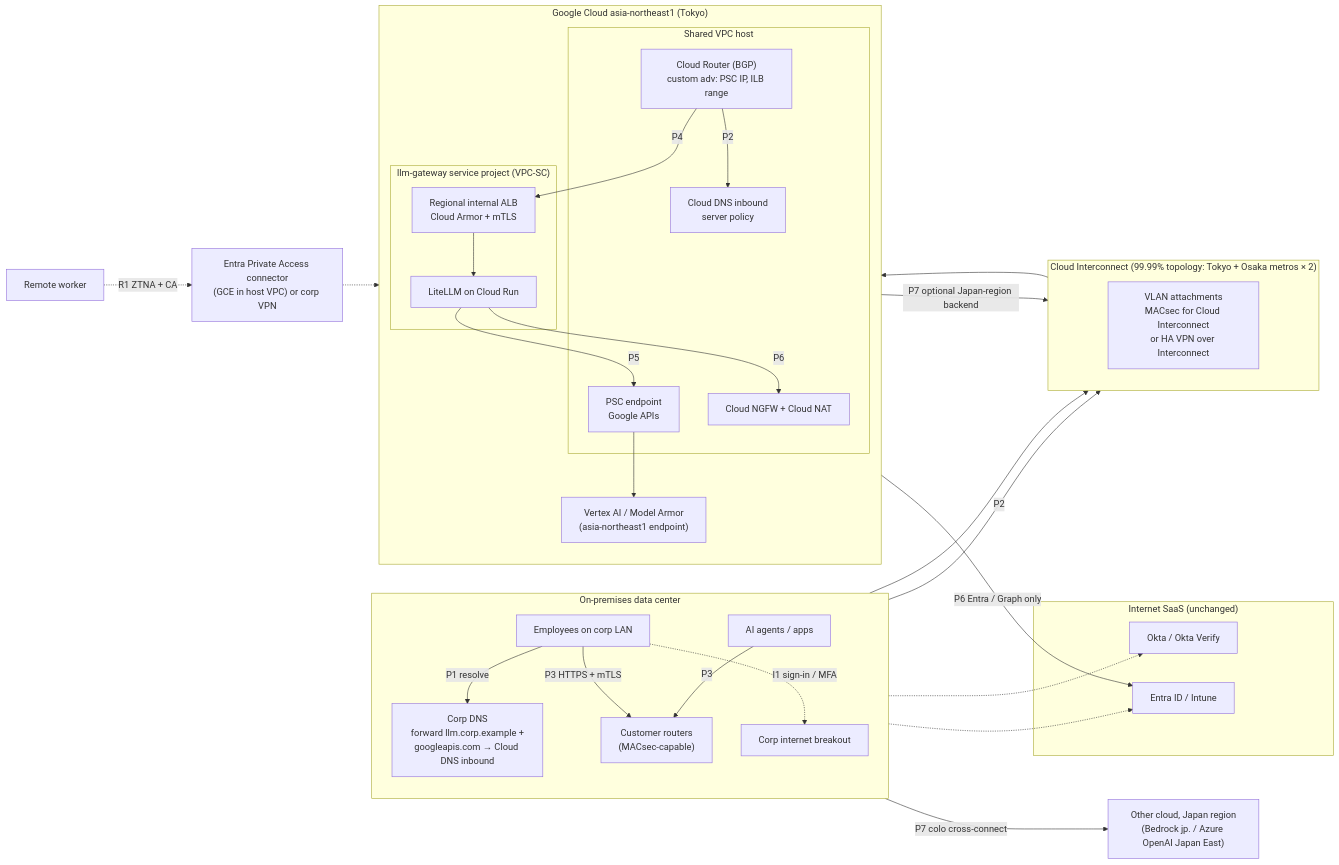
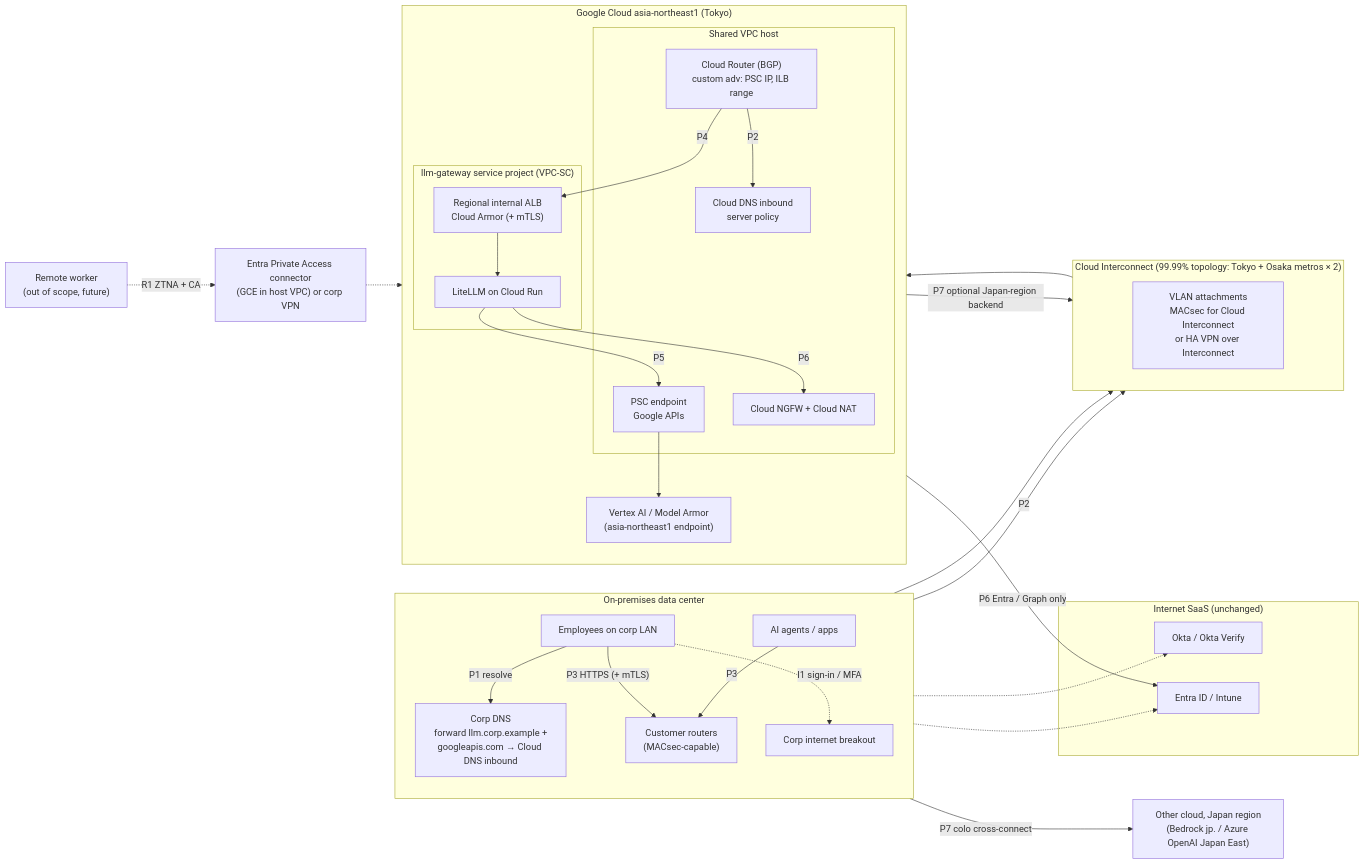
Before and after one commit to minddrop/llm-gateway-comparison: the third of 5 diagrams in docs/en/07-private-connectivity.md, drawn with Mermaid. The commit also changed other lines of this file and 8 other files, not shown here.

````diff
--- a/docs/en/07-private-connectivity.md
+++ b/docs/en/07-private-connectivity.md
@@ -163,56 +175,56 @@
 ```mermaid
 flowchart LR
     subgraph ONP["On-premises data center"]
         direction TB
         UOP["Employees on corp LAN"]
         AGOP["AI agents / apps"]
         ODNS["Corp DNS<br/>forward llm.corp.example +<br/>googleapis.com → Cloud DNS inbound"]
         CER["Customer routers<br/>(MACsec-capable)"]
         INET["Corp internet breakout"]
     end
 
     subgraph IC["Cloud Interconnect (99.99% topology: Tokyo + Osaka metros × 2)"]
         direction TB
         VLAN["VLAN attachments<br/>MACsec for Cloud Interconnect<br/>or HA VPN over Interconnect"]
     end
 
     subgraph GCPR["Google Cloud asia-northeast1 (Tokyo)"]
         direction TB
         subgraph HOSTP["Shared VPC host"]
             CR["Cloud Router (BGP)<br/>custom adv: PSC IP, ILB range"]
             DNSIN["Cloud DNS inbound<br/>server policy"]
             PSC["PSC endpoint<br/>Google APIs"]
             NAT["Cloud NGFW + Cloud NAT"]
         end
         subgraph SVCP["llm-gateway service project (VPC-SC)"]
-            ILB["Regional internal ALB<br/>Cloud Armor + mTLS"]
+            ILB["Regional internal ALB<br/>Cloud Armor (+ mTLS)"]
             RUN["LiteLLM on Cloud Run"]
         end
         VTX["Vertex AI / Model Armor<br/>(asia-northeast1 endpoint)"]
     end
 
     subgraph SAAS["Internet SaaS (unchanged)"]
         ENTRA["Entra ID / Intune"]
         OKTA["Okta / Okta Verify"]
     end
 
     XC["Other cloud, Japan region<br/>(Bedrock jp. / Azure OpenAI Japan East)"]
-    REM["Remote worker"]
+    REM["Remote worker<br/>(out of scope, future)"]
     ZT["Entra Private Access connector<br/>(GCE in host VPC) or corp VPN"]
 
     UOP -->|"P1 resolve"| ODNS -->|"P2"| VLAN
     VLAN --> CR -->|"P2"| DNSIN
-    UOP -->|"P3 HTTPS + mTLS"| CER
+    UOP -->|"P3 HTTPS (+ mTLS)"| CER
     AGOP -->|"P3"| CER
     CER --> VLAN
     CR -->|"P4"| ILB --> RUN
     RUN -->|"P5"| PSC --> VTX
     RUN -->|"P6"| NAT -->|"P6 Entra / Graph only"| ENTRA
     CR -->|"P7 optional Japan-region backend"| VLAN
     CER -->|"P7 colo cross-connect"| XC
     UOP -.->|"I1 sign-in / MFA"| INET
     INET -.-> ENTRA
     INET -.-> OKTA
     REM -.->|"R1 ZTNA + CA"| ZT
     ZT -.-> ILB
 ```
````
